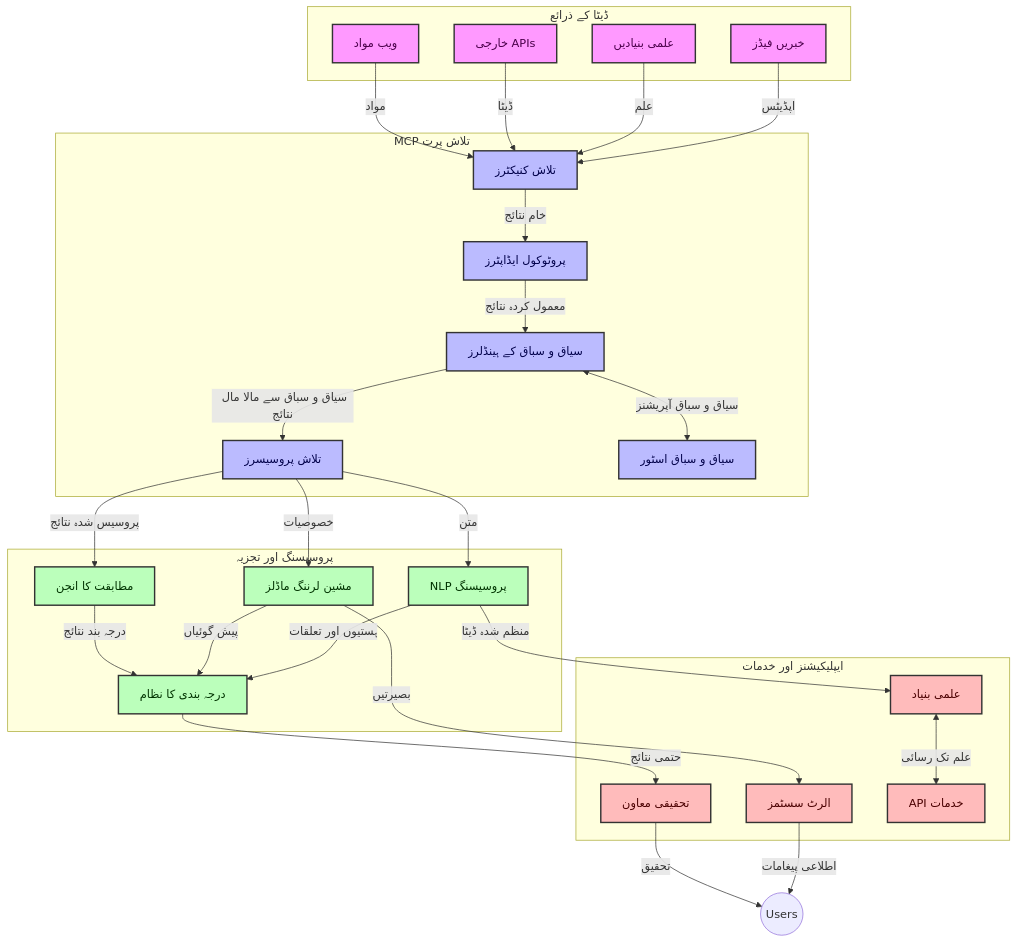
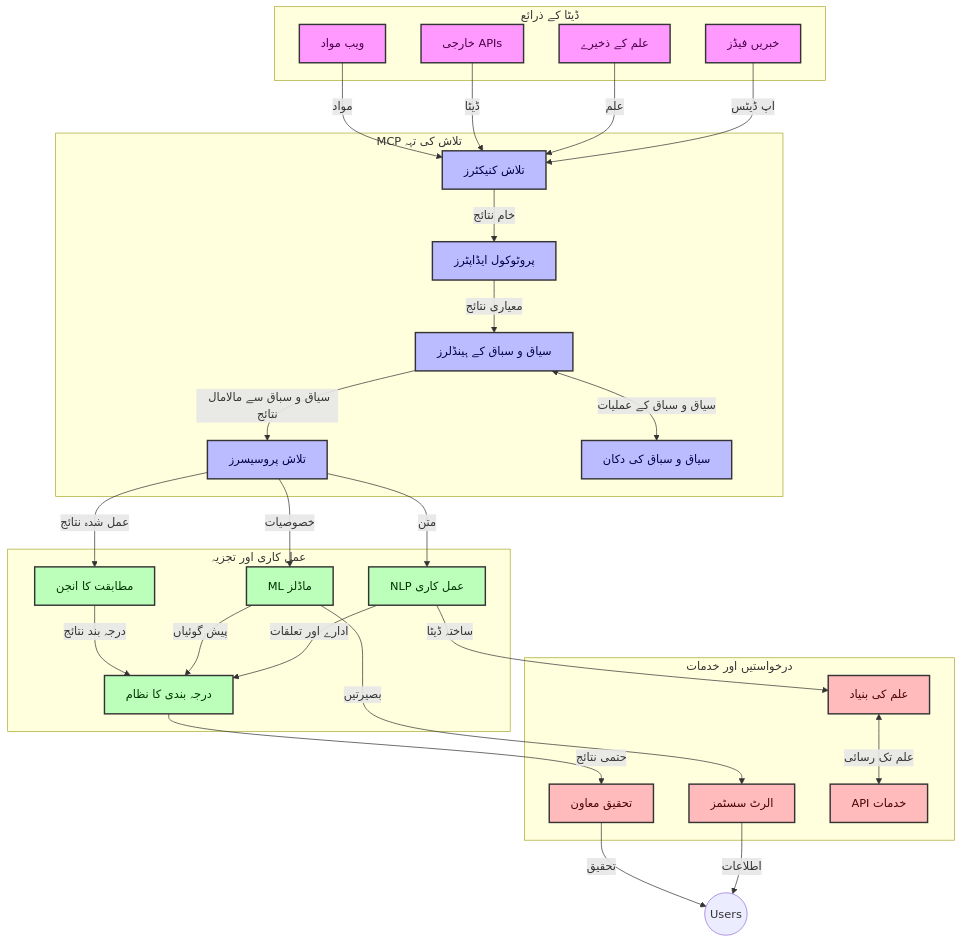
Before and after one commit to microsoft/mcp-for-beginners: the first of 4 diagrams in translations/ur/05-AdvancedTopics/mcp-realtimesearch/README.md, drawn with Mermaid. The commit also changed other lines of this file and 118 other files, not shown here.

````diff
--- a/translations/ur/05-AdvancedTopics/mcp-realtimesearch/README.md
+++ b/translations/ur/05-AdvancedTopics/mcp-realtimesearch/README.md
@@ -109,66 +109,66 @@
 ```mermaid
 graph TD
     subgraph "ڈیٹا کے ذرائع"
         Web[ویب مواد]
         APIs[خارجی APIs]
-        DB[علمی بنیادیں]
+        DB[علم کے ذخیرے]
         News[خبریں فیڈز]
     end
 
-    subgraph "MCP تلاش پرت"
+    subgraph "MCP تلاش کی تہہ"
         SC[تلاش کنیکٹرز]
         PA[پروٹوکول ایڈاپٹرز]
         CH[سیاق و سباق کے ہینڈلرز]
         SP[تلاش پروسیسرز]
-        CS[سیاق و سباق اسٹور]
+        CS[سیاق و سباق کی دکان]
     end
 
-    subgraph "پروسیسنگ اور تجزیہ"
+    subgraph "عمل کاری اور تجزیہ"
         RE[مطابقت کا انجن]
-        ML[مشین لرننگ ماڈلز]
-        NLP[NLP پروسیسنگ]
+        ML[ML ماڈلز]
+        NLP[NLP عمل کاری]
         Rank[درجہ بندی کا نظام]
     end
 
-    subgraph "ایپلیکیشنز اور خدمات"
-        RA[تحقیقی معاون]
+    subgraph "درخواستیں اور خدمات"
+        RA[تحقیق معاون]
         Alerts[الرٹ سسٹمز]
-        KB[علمی بنیاد]
+        KB[علم کی بنیاد]
         API[API خدمات]
     end
 
     Web -->|مواد| SC
     APIs -->|ڈیٹا| SC
     DB -->|علم| SC
-    News -->|اپڈیٹس| SC
+    News -->|اپ ڈیٹس| SC
     
     SC -->|خام نتائج| PA
-    PA -->|معمول کردہ نتائج| CH
-    CH <-->|سیاق و سباق آپریشنز| CS
-    CH -->|سیاق و سباق سے مالا مال نتائج| SP
-    SP -->|پروسیس شدہ نتائج| RE
+    PA -->|معیاری نتائج| CH
+    CH <-->|سیاق و سباق کے عملیات| CS
+    CH -->|سیاق و سباق سے مالامال نتائج| SP
+    SP -->|عمل شدہ نتائج| RE
     SP -->|خصوصیات| ML
     SP -->|متن| NLP
     
     RE -->|درجہ بند نتائج| Rank
     ML -->|پیش گوئیاں| Rank
-    NLP -->|ہستیوں اور تعلقات| Rank
+    NLP -->|ادارے اور تعلقات| Rank
     
     Rank -->|حتمی نتائج| RA
     ML -->|بصیرتیں| Alerts
-    NLP -->|منظم شدہ ڈیٹا| KB
+    NLP -->|ساختہ ڈیٹا| KB
     
     RA -->|تحقیق| Users((Users))
-    Alerts -->|اطلاعی پیغامات| Users
+    Alerts -->|اطلاعات| Users
     KB <-->|علم تک رسائی| API
 
     classDef sources fill:#f9f,stroke:#333,stroke-width:2px,color:#4a004a
     classDef mcp fill:#bbf,stroke:#333,stroke-width:2px,color:#00004a
     classDef processing fill:#bfb,stroke:#333,stroke-width:2px,color:#003300
     classDef apps fill:#fbb,stroke:#333,stroke-width:2px,color:#4a0000
     
     class Web,APIs,DB,News sources
     class SC,PA,CH,SP,CS mcp
     class RE,ML,NLP,Rank processing
     class RA,Alerts,KB,API apps
 ```
````
